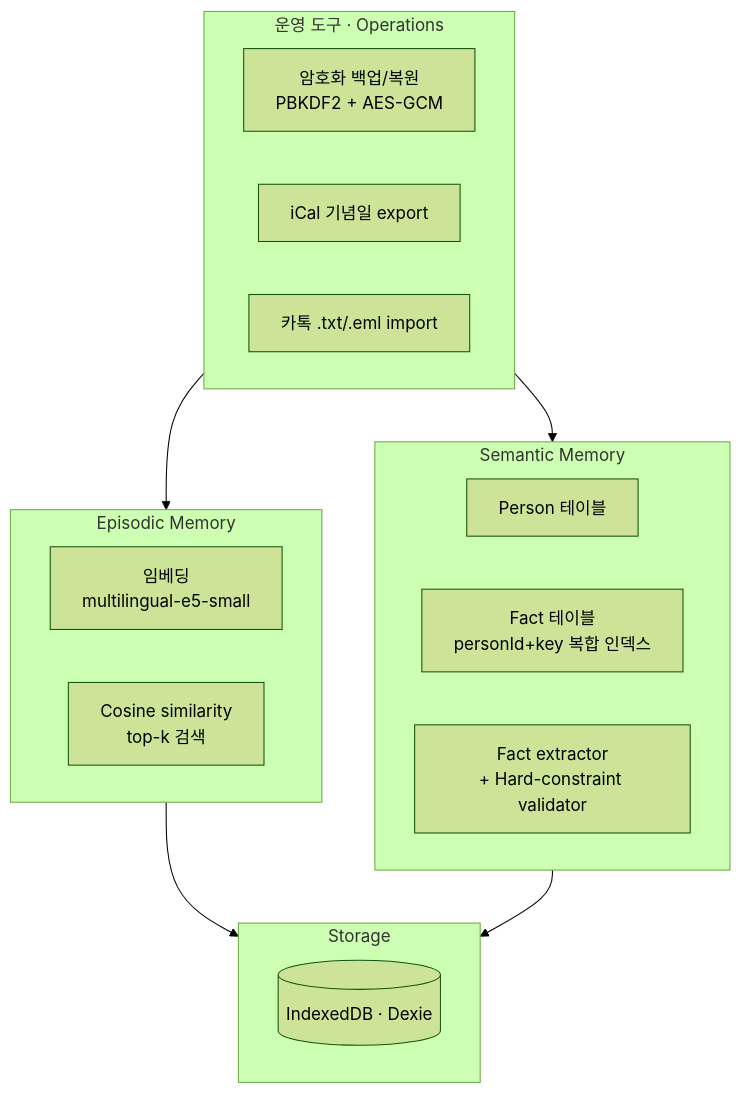
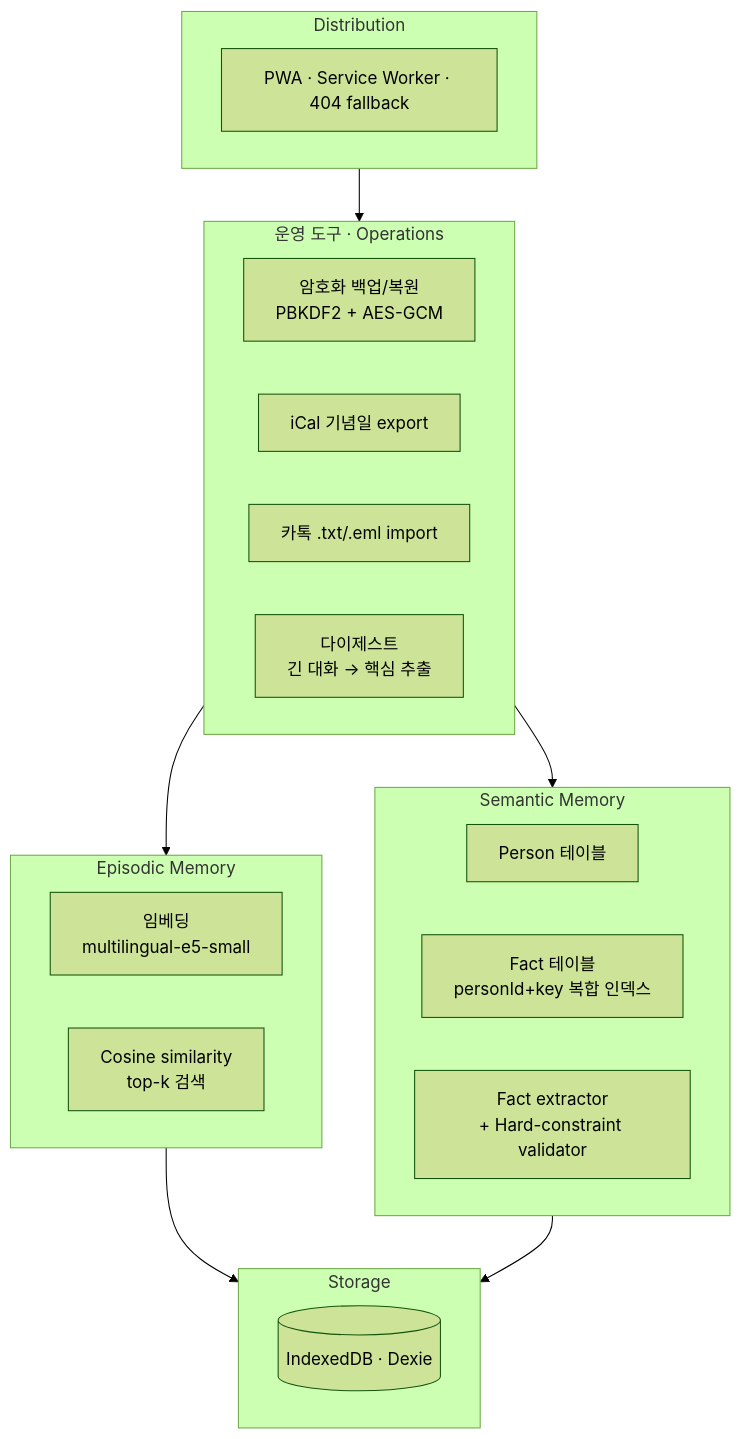
Before and after one commit to Saga-Tales/tale-01-personal-diary-iq: the first of 2 diagrams in README.md, drawn with Mermaid (forest theme). The commit also changed other lines of this file, not shown here.

````diff
--- a/README.md
+++ b/README.md
@@ -70,24 +82,29 @@
 ```mermaid
 graph TB
+  subgraph L5[Distribution]
+    PWA[PWA · Service Worker · 404 fallback]
+  end
   subgraph L4[운영 도구 · Operations]
     Backup[암호화 백업/복원<br/>PBKDF2 + AES-GCM]
     Cal[iCal 기념일 export]
     Kakao[카톡 .txt/.eml import]
+    Digest[다이제스트<br/>긴 대화 → 핵심 추출]
   end
   subgraph L3[Episodic Memory]
     Embed[임베딩<br/>multilingual-e5-small]
     Retrieve[Cosine similarity<br/>top-k 검색]
   end
   subgraph L2[Semantic Memory]
     Person[Person 테이블]
     Fact[Fact 테이블<br/>personId+key 복합 인덱스]
     Extract[Fact extractor<br/>+ Hard-constraint validator]
   end
   subgraph L1[Storage]
     DB[(IndexedDB · Dexie)]
   end
+  L5 --> L4
   L4 --> L3
   L4 --> L2
   L3 --> L1
   L2 --> L1
 ```
````
